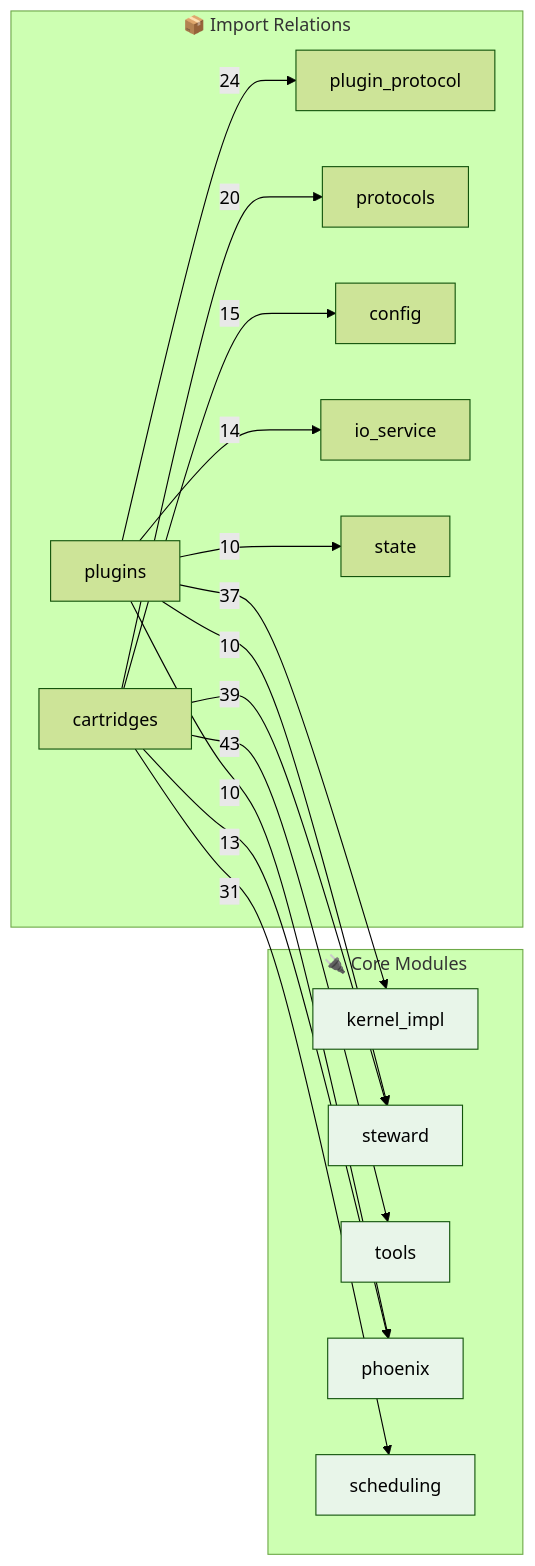
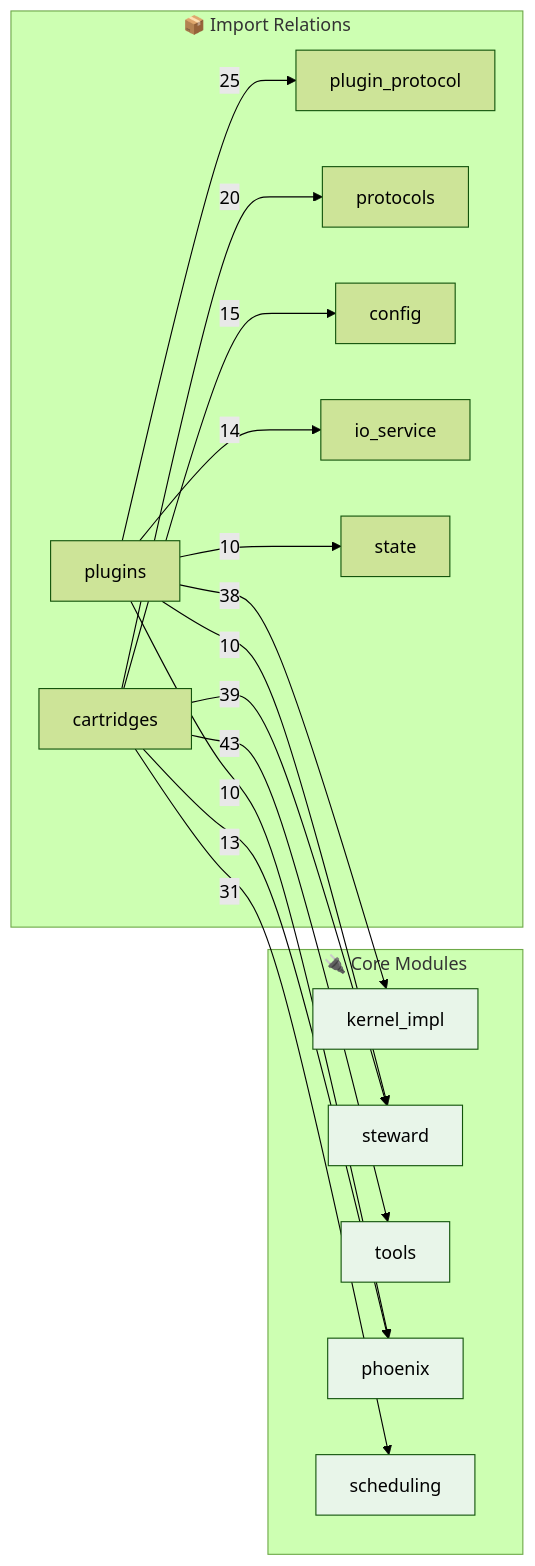
Before and after one commit to kimeisele/steward-protocol: the second of 2 diagrams in OPUS.md, drawn with Mermaid (forest theme). The commit also changed other lines of this file and 19 other files, not shown here.

````diff
--- a/OPUS.md
+++ b/OPUS.md
@@ -510,31 +510,31 @@
 ```mermaid
 flowchart LR
     subgraph Core["🔌 Core Modules"]
         kernel_impl[kernel_impl]
         steward[steward]
         tools[tools]
         phoenix[phoenix]
         scheduling[scheduling]
     end
 
     subgraph Edges["📦 Import Relations"]
         cartridges -->|43| tools
         cartridges -->|39| steward
-        plugins -->|37| kernel_impl
+        plugins -->|38| kernel_impl
         cartridges -->|31| scheduling
-        plugins -->|24| plugin_protocol
+        plugins -->|25| plugin_protocol
         cartridges -->|20| protocols
         cartridges -->|15| config
         plugins -->|14| io_service
         cartridges -->|13| phoenix
         plugins -->|10| phoenix
         plugins -->|10| state
         plugins -->|10| steward
     end
 
     style kernel_impl fill:#e8f5e9
     style steward fill:#e8f5e9
     style tools fill:#e8f5e9
     style phoenix fill:#e8f5e9
     style scheduling fill:#e8f5e9
 ```
````
